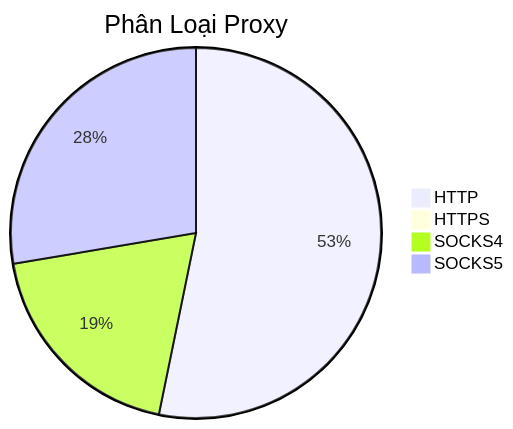
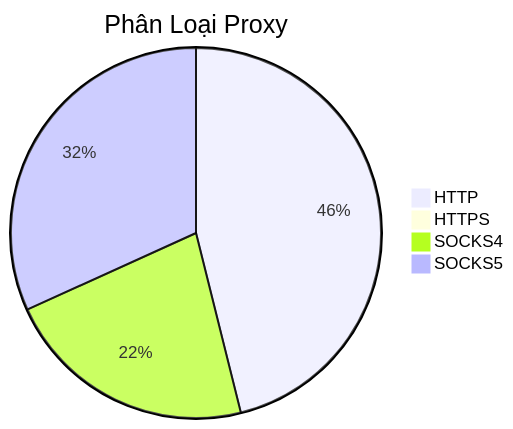
The diagram in README.md (Ciara-12/PROXY-free), drawn with Mermaid before and after one commit. The commit also changed other lines of this file and 4 other files, not shown here.

````diff
--- a/README.md
+++ b/README.md
@@ -26,7 +26,7 @@
 ```mermaid
 pie title Phân Loại Proxy
-    "HTTP" : 654
-    "HTTPS" : 1
-    "SOCKS4" : 235
-    "SOCKS5" : 340
+    "HTTP" : 444
+    "HTTPS" : 0
+    "SOCKS4" : 213
+    "SOCKS5" : 306
 ```
````
